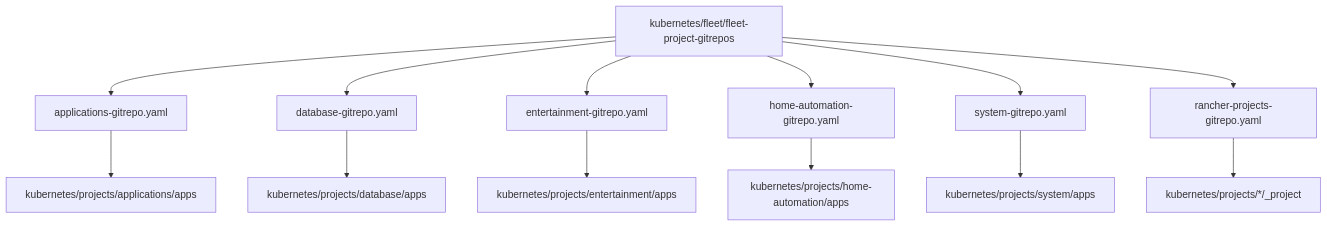
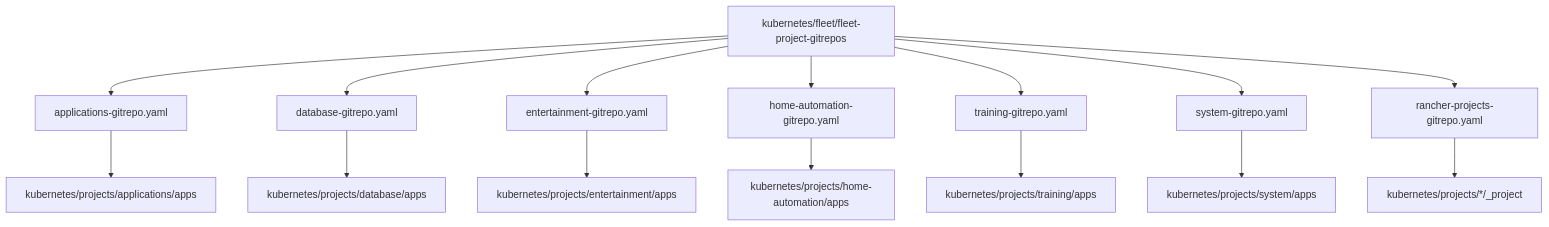
The first of 2 diagrams in kubernetes/README.md (abhi1693/homelab), drawn with Mermaid before and after one commit. The commit also changed 45 other files, not shown here.

````diff
--- a/kubernetes/README.md
+++ b/kubernetes/README.md
@@ -34,17 +34,19 @@
 ```mermaid
 flowchart TD
   bundle["kubernetes/fleet/fleet-project-gitrepos"]
   bundle --> applications["applications-gitrepo.yaml"]
   bundle --> database["database-gitrepo.yaml"]
   bundle --> entertainment["entertainment-gitrepo.yaml"]
   bundle --> homeAutomation["home-automation-gitrepo.yaml"]
+  bundle --> training["training-gitrepo.yaml"]
+  training --> trainingApps["kubernetes/projects/training/apps"]
   bundle --> system["system-gitrepo.yaml"]
   bundle --> rancherProjects["rancher-projects-gitrepo.yaml"]
 
   applications --> applicationsApps["kubernetes/projects/applications/apps"]
   database --> databaseApps["kubernetes/projects/database/apps"]
   entertainment --> entertainmentApps["kubernetes/projects/entertainment/apps"]
   homeAutomation --> homeApps["kubernetes/projects/home-automation/apps"]
   system --> systemApps["kubernetes/projects/system/apps"]
   rancherProjects --> projectMetadata["kubernetes/projects/*/_project"]
 ```
````
